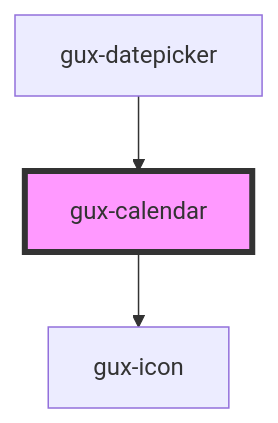
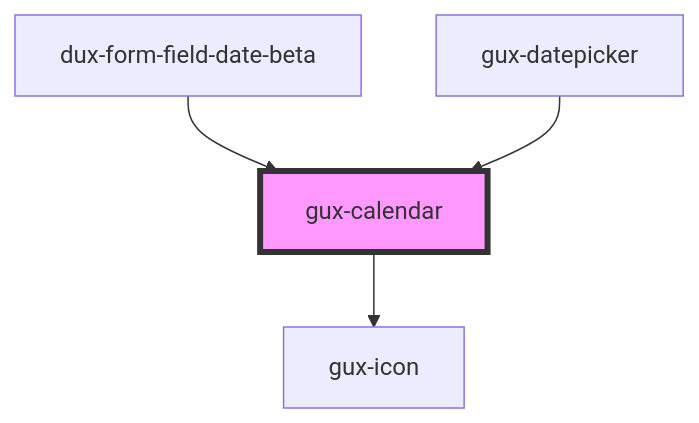
One commit to MyPureCloud/genesys-spark changed the diagram in packages/genesys-spark-components/src/components/stable/gux-calendar/readme.md. Above: the diagram before and after it, drawn with Mermaid. The commit also changed other lines of this file and 48 other files, not shown here.

First line of the commit message:
feat(dux-form-field-date-beta): added new date form field component

````diff
--- a/packages/genesys-spark-components/src/components/stable/gux-calendar/readme.md
+++ b/packages/genesys-spark-components/src/components/stable/gux-calendar/readme.md
@@ -83,6 +84,7 @@
 ```mermaid
 graph TD;
   gux-calendar --> gux-icon
+  dux-form-field-date-beta --> gux-calendar
   gux-datepicker --> gux-calendar
   style gux-calendar fill:#f9f,stroke:#333,stroke-width:4px
 ```
````
